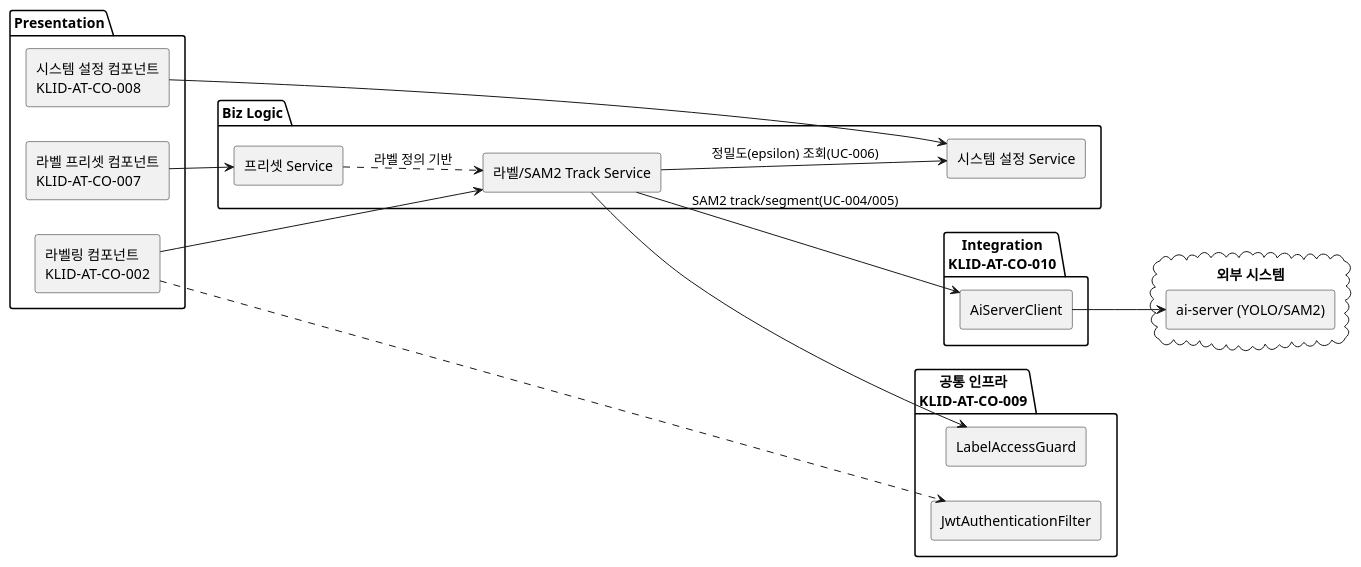
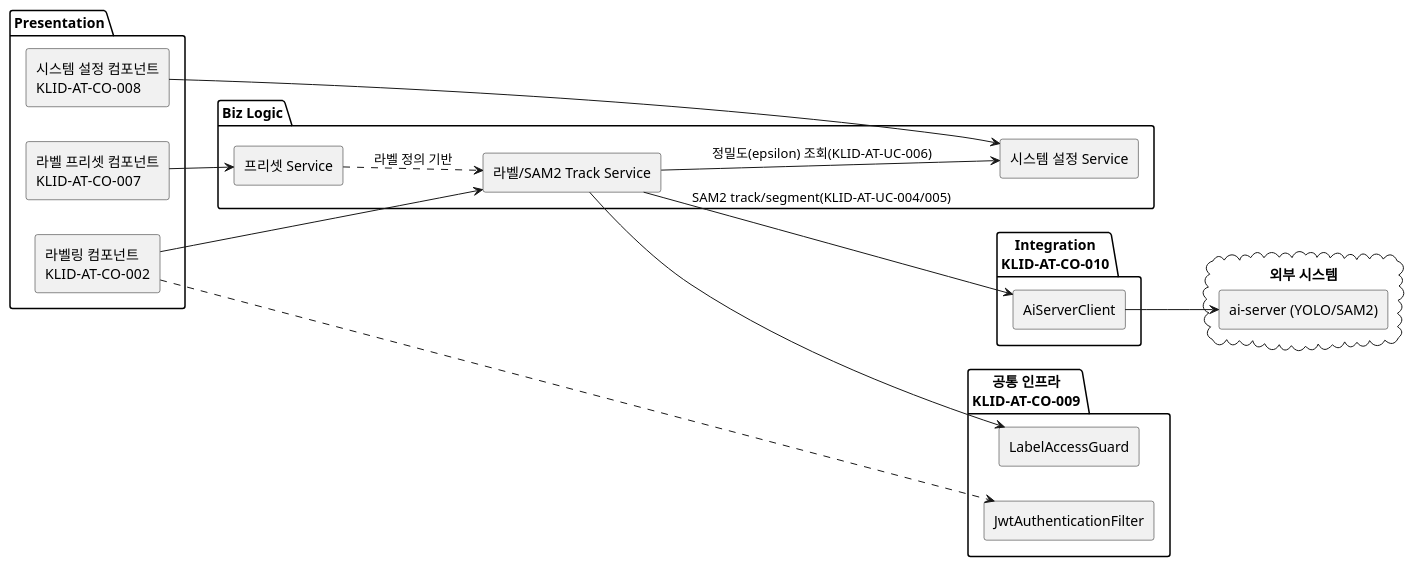
One commit to New-stella/klid-label changed the second of 5 diagrams in docs/design/D3-컴포넌트설계서.md. Above: the diagram before and after it, drawn with PlantUML. The commit also changed other lines of this file and 17 other files, not shown here.

````diff
--- a/docs/design/D3-컴포넌트설계서.md
+++ b/docs/design/D3-컴포넌트설계서.md
@@ -79,35 +79,35 @@
 ```plantuml
 @startuml
 skinparam componentStyle rectangle
 left to right direction
 package "Presentation" {
   [라벨링 컴포넌트\nKLID-AT-CO-002] as LBL
   [라벨 프리셋 컴포넌트\nKLID-AT-CO-007] as PRE
   [시스템 설정 컴포넌트\nKLID-AT-CO-008] as CFG
 }
 package "Biz Logic" {
   [라벨/SAM2 Track Service] as LBLS
   [프리셋 Service] as PRES
   [시스템 설정 Service] as CFGS
 }
 package "공통 인프라\nKLID-AT-CO-009" {
   [JwtAuthenticationFilter] as JWT
   [LabelAccessGuard] as GUARD
 }
 package "Integration\nKLID-AT-CO-010" {
   [AiServerClient] as AISC
 }
 cloud "외부 시스템" {
   [ai-server (YOLO/SAM2)] as AISRV
 }
 LBL --> LBLS
 PRE --> PRES
 CFG --> CFGS
 LBL ..> JWT
 LBLS --> GUARD
-LBLS --> AISC : SAM2 track/segment(UC-004/005)
+LBLS --> AISC : SAM2 track/segment(KLID-AT-UC-004/005)
 AISC --> AISRV
-LBLS --> CFGS : 정밀도(epsilon) 조회(UC-006)
+LBLS --> CFGS : 정밀도(epsilon) 조회(KLID-AT-UC-006)
 PRES ..> LBLS : 라벨 정의 기반
 @enduml
 ```
````
